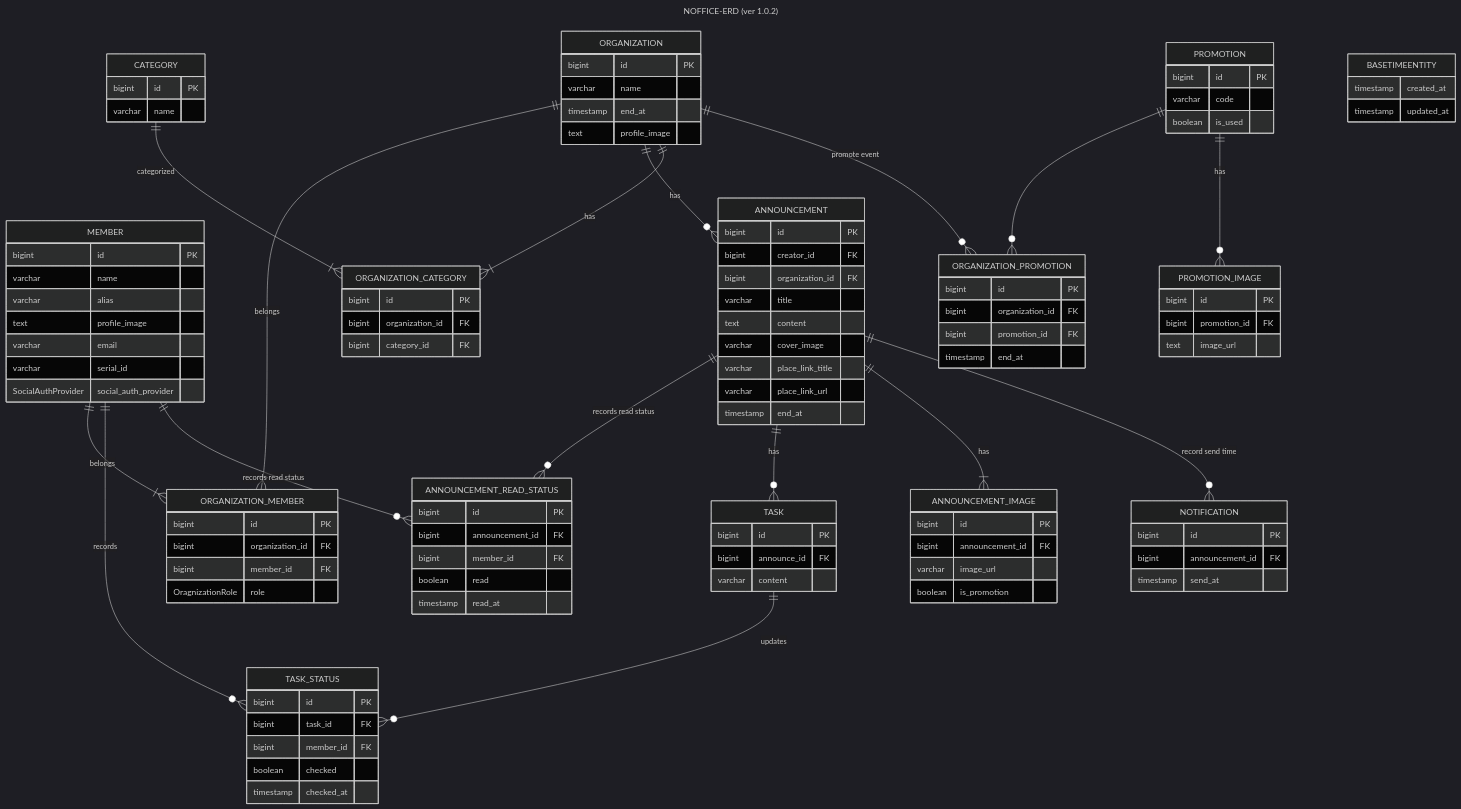
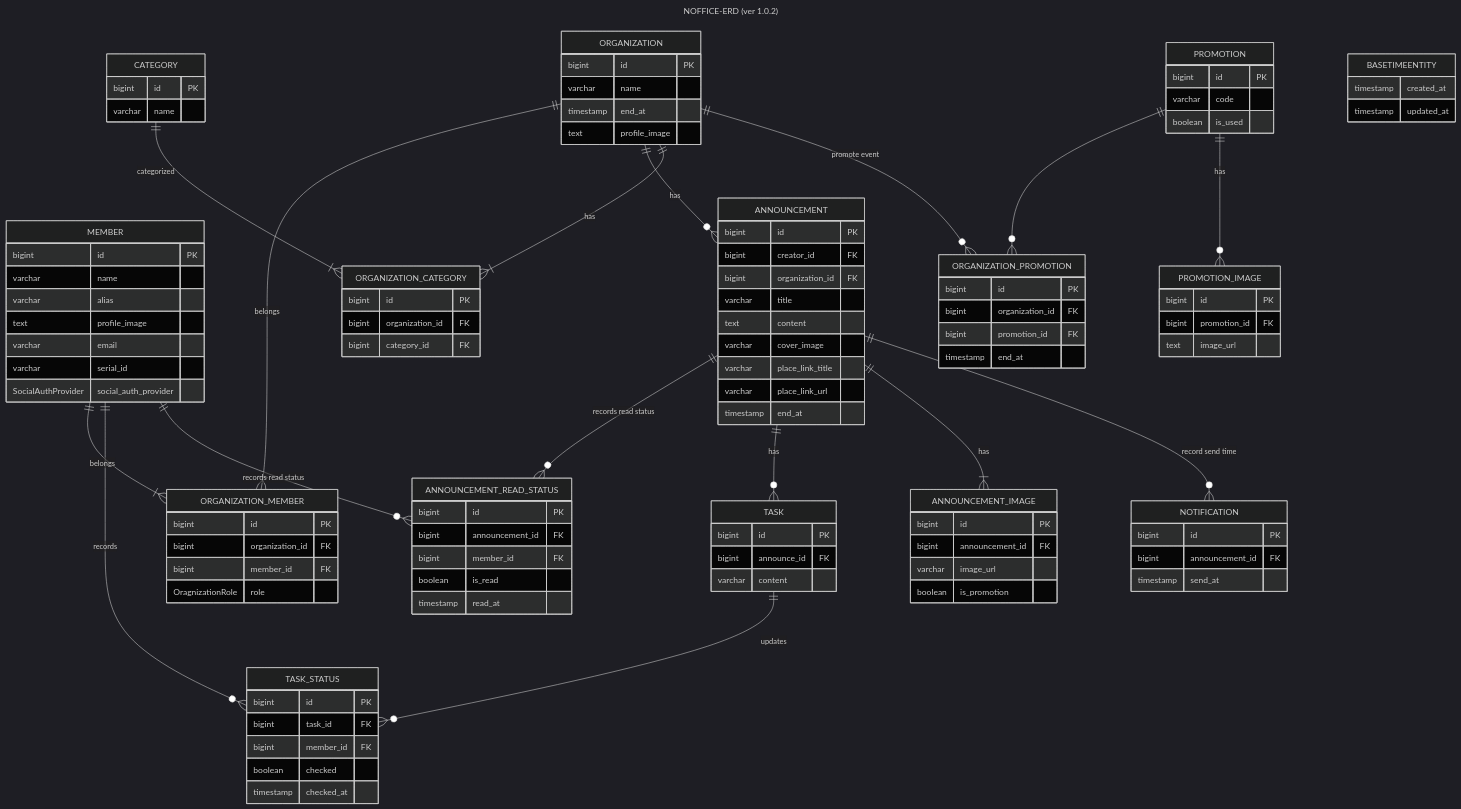
The diagram in docs/NOFFICE-erd.md (Team-Notitime/NOFFICE-SERVER), drawn with Mermaid (dark theme) before and after one commit. The commit also changed 1 other file, not shown here.

Commit message:
:sparkles: feat: 조직 리더는 공지 열람 상태를 관리할 수 있다 (#33)

```diff
--- a/docs/NOFFICE-erd.md
+++ b/docs/NOFFICE-erd.md
@@ -55,7 +55,7 @@
         bigint id PK
         bigint announcement_id FK
         bigint member_id FK
-        boolean read
+        boolean is_read
         timestamp read_at
     }
 
```
